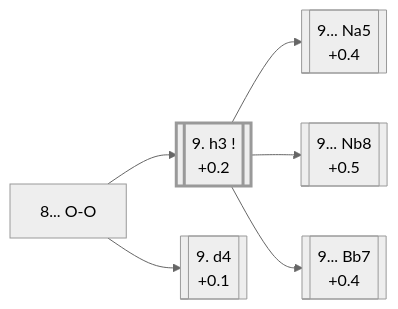
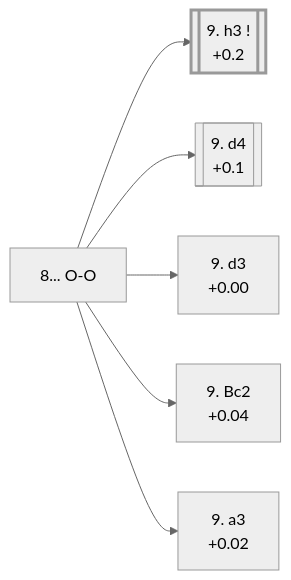
The diagram in e4_openings/C90_Ruy_Lopez_Closed_Tabiya.md (onclemarcel/chess_flashcards), drawn with Mermaid (neutral theme) before and after one commit. The commit also changed other lines of this file and 12 other files, not shown here.

````diff
--- a/e4_openings/C90_Ruy_Lopez_Closed_Tabiya.md
+++ b/e4_openings/C90_Ruy_Lopez_Closed_Tabiya.md
@@ -12,19 +12,18 @@
 ```mermaid
 flowchart LR
     classDef main stroke-width:3px;
 
     OO["8... O-O"]
     click OO "#_initial_move_" "C90 · Ruy Lopez: Closed"
 
     OO --> h3[["9. h3 !<br/>+0.2"]]:::main
-    click h3 "#_h3_" "C90 · Ruy Lopez: Closed"
+    click h3 "https://github.com/onclemarcel/chess_flashcards/blob/main/e4_openings/C92_Ruy_Lopez_Zaitsev.md" "C92 · Ruy Lopez: Closed"
     OO --> d4[["9. d4<br/>+0.1"]]
-    click d4 "#_d4_" "C91 · Ruy Lopez: Closed, Yates Variation"
-
-    h3 --> Na5[["9... Na5<br/>+0.4"]]
-    click Na5 "https://github.com/onclemarcel/chess_flashcards/blob/main/e4_openings/C97_Ruy_Lopez_Chigorin.md" "C97 · Ruy Lopez: Closed, Chigorin Defense"
-    h3 --> Nb8[["9... Nb8<br/>+0.5"]]
-    click Nb8 "https://github.com/onclemarcel/chess_flashcards/blob/main/e4_openings/C94_Ruy_Lopez_Breyer.md" "C94 · Ruy Lopez: Closed, Breyer Defense"
-    h3 --> Bb7[["9... Bb7<br/>+0.4"]]
-    click Bb7 "https://github.com/onclemarcel/chess_flashcards/blob/main/e4_openings/C92_Ruy_Lopez_Zaitsev.md" "C92 · Ruy Lopez: Closed, Flohr System"
+    click d4 "https://github.com/onclemarcel/chess_flashcards/blob/main/e4_openings/C91_Ruy_Lopez_Yates_Variation.md" "C91 · Ruy Lopez: Closed, Yates Variation"
+    OO --> d3p["9. d3<br/>+0.00"]
+    click d3p "#_Pilnik_" "C90 · Ruy Lopez: Closed, Pilnik Variation"
+    OO --> Bc2l["9. Bc2<br/>+0.04"]
+    click Bc2l "#_Lutikov_" "C90 · Ruy Lopez: Closed, Lutikov Variation"
+    OO --> a3s["9. a3<br/>+0.02"]
+    click a3s "#_Suetin_" "C90 · Ruy Lopez: Closed, Suetin Variation"
 ```
````
